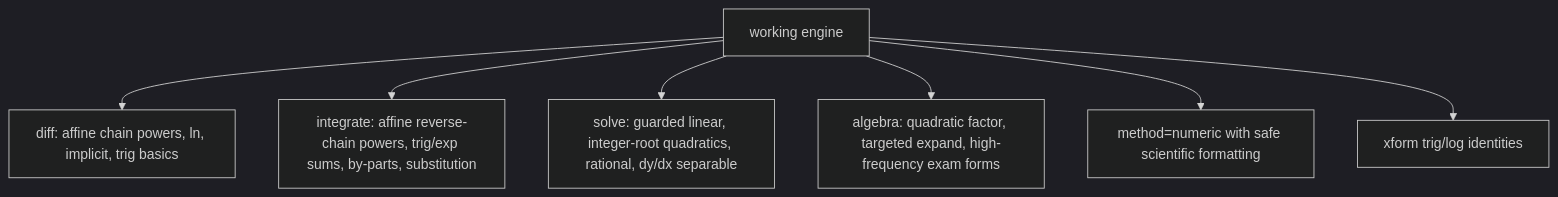
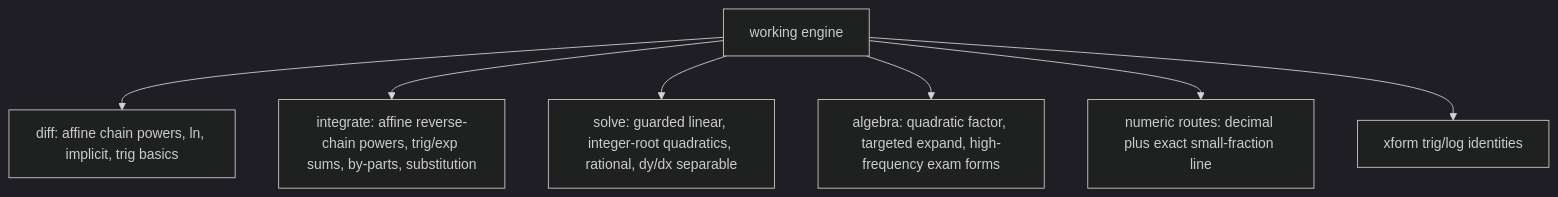
The third of 5 diagrams in docs/GRAPH.md (james8464/notes-addin-casio-fx-cg50), drawn with Mermaid (dark theme) before and after one commit. The commit also changed other lines of this file and 4 other files, not shown here.

Commit message:
feat: add exact numeric checkpoints

````diff
--- a/docs/GRAPH.md
+++ b/docs/GRAPH.md
@@ -34,9 +34,9 @@
 ```mermaid
 graph TD
   Work["working engine"] --> Diff["diff: affine chain powers, ln, implicit, trig basics"]
   Work --> Int["integrate: affine reverse-chain powers, trig/exp sums, by-parts, substitution"]
   Work --> Solve["solve: guarded linear, integer-root quadratics, rational, dy/dx separable"]
   Work --> Alg["algebra: quadratic factor, targeted expand, high-frequency exam forms"]
-  Work --> Num["method=numeric with safe scientific formatting"]
+  Work --> Num["numeric routes: decimal plus exact small-fraction line"]
   Work --> Xform["xform trig/log identities"]
 ```
````
